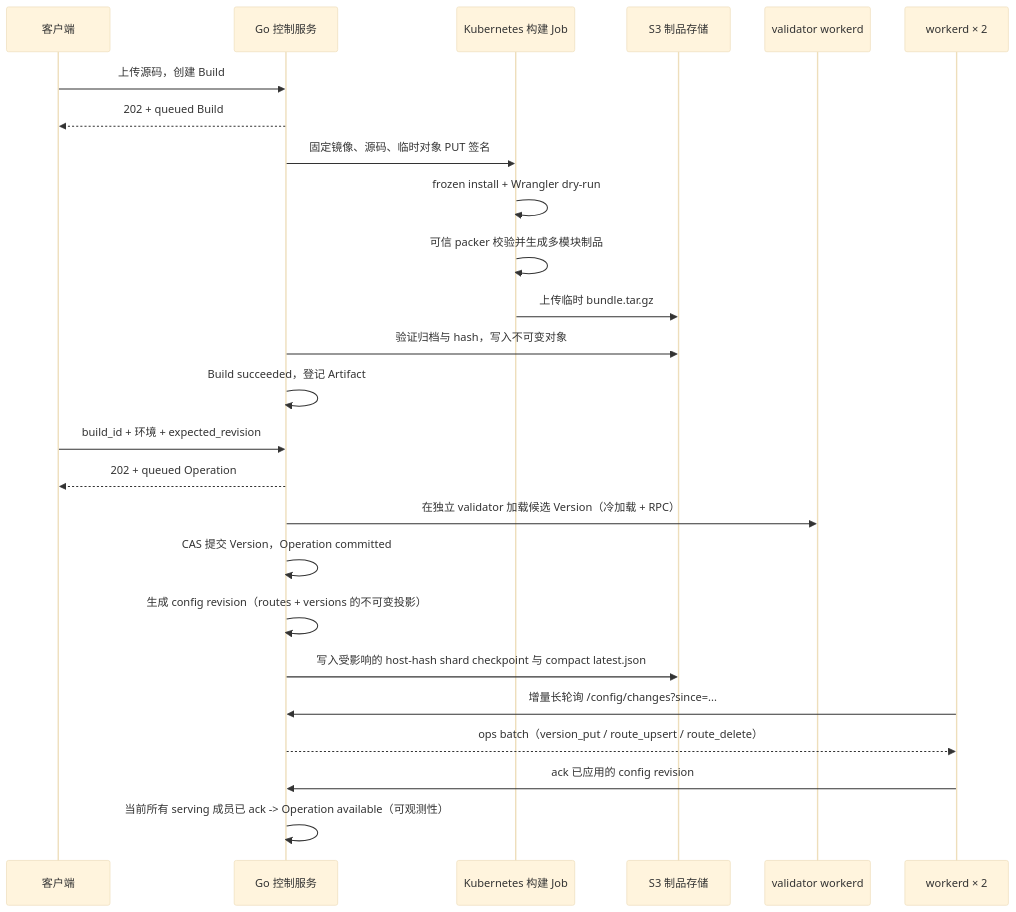
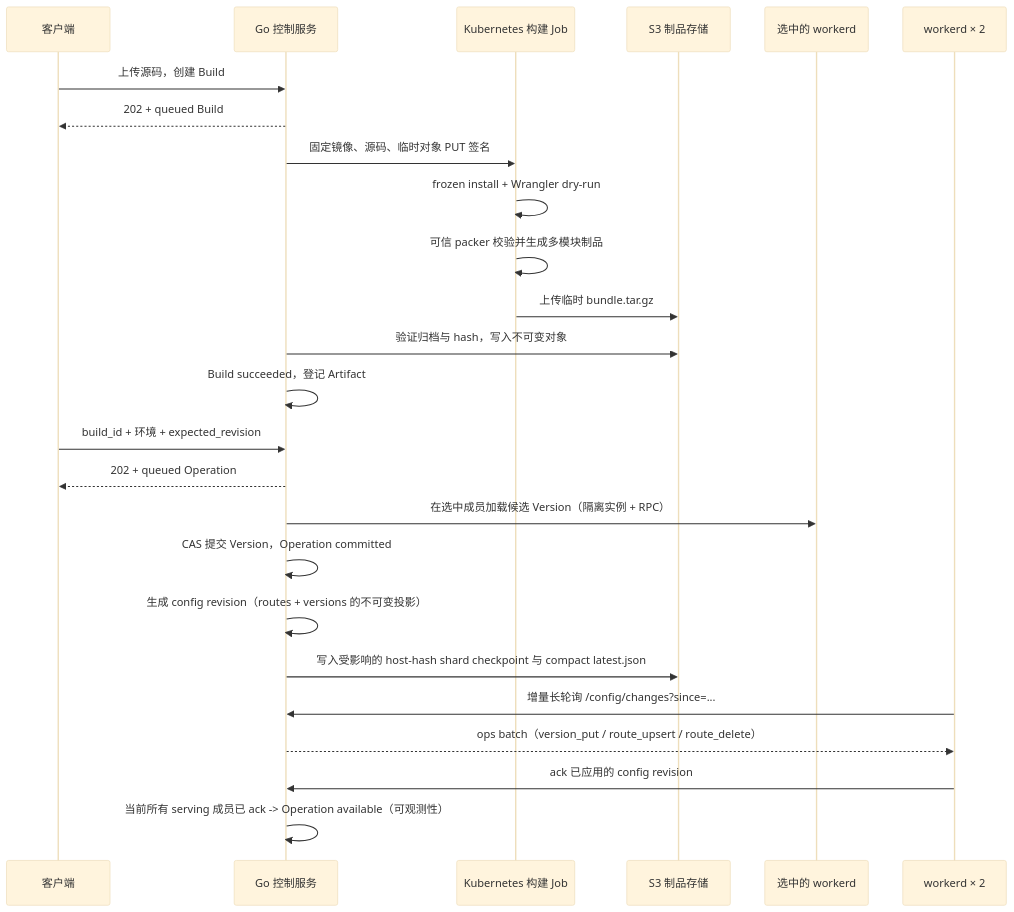
Before and after one commit to krun-dev/krun: the diagram in docs/workers-backend.md, drawn with Mermaid (base theme). The commit also changed other lines of this file and 25 other files, not shown here.

````diff
--- a/docs/workers-backend.md
+++ b/docs/workers-backend.md
@@ -13,27 +13,27 @@
 ```mermaid
 sequenceDiagram
     participant C as 客户端
     participant A as Go 控制服务
     participant J as Kubernetes 构建 Job
     participant S as S3 制品存储
-    participant V as validator workerd
+    participant V as 选中的 workerd
     participant W as workerd × 2
     C->>A: 上传源码，创建 Build
     A-->>C: 202 + queued Build
     A->>J: 固定镜像、源码、临时对象 PUT 签名
     J->>J: frozen install + Wrangler dry-run
     J->>J: 可信 packer 校验并生成多模块制品
     J->>S: 上传临时 bundle.tar.gz
     A->>S: 验证归档与 hash，写入不可变对象
     A->>A: Build succeeded，登记 Artifact
     C->>A: build_id + 环境 + expected_revision
     A-->>C: 202 + queued Operation
-    A->>V: 在独立 validator 加载候选 Version（冷加载 + RPC）
+    A->>V: 在选中成员加载候选 Version（隔离实例 + RPC）
     A->>A: CAS 提交 Version，Operation committed
     A->>A: 生成 config revision（routes + versions 的不可变投影）
     A->>S: 写入受影响的 host-hash shard checkpoint 与 compact latest.json
     W->>A: 增量长轮询 /config/changes?since=...
     A-->>W: ops batch（version_put / route_upsert / route_delete）
     W->>A: ack 已应用的 config revision
     A->>A: 当前所有 serving 成员已 ack -> Operation available（可观测性）
 ```
````
